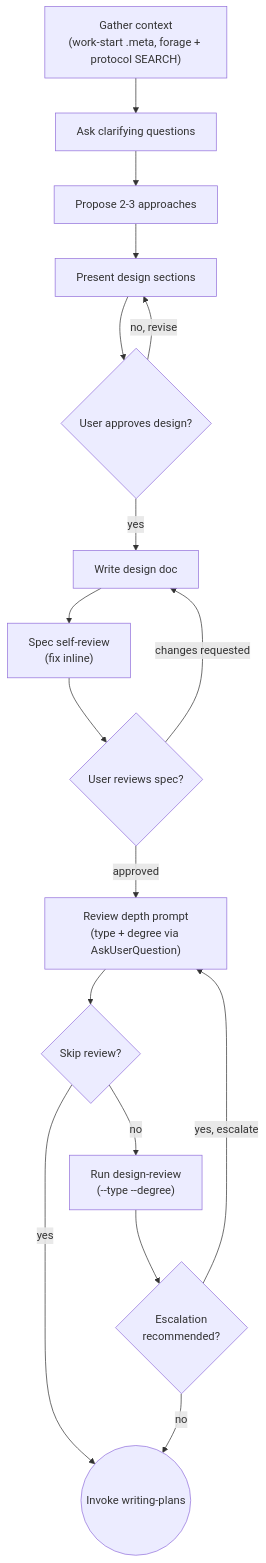
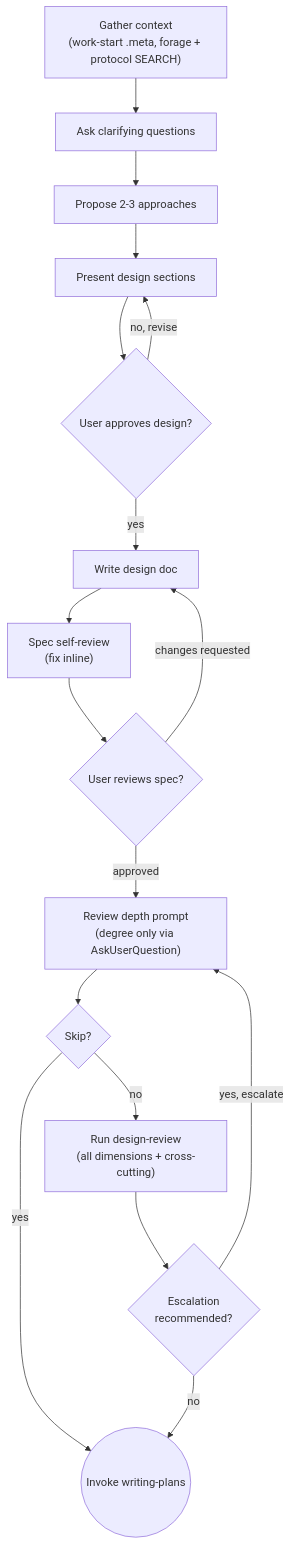
The diagram in brainstorming/SKILL.md (Hortora/soredium), drawn with Mermaid before and after one commit. The commit also changed other lines of this file and 8 other files, not shown here.

````diff
--- a/brainstorming/SKILL.md
+++ b/brainstorming/SKILL.md
@@ -59,33 +59,33 @@
 ```mermaid
 flowchart TD
     CONTEXT["Gather context\n(work-start .meta, forage + protocol SEARCH)"]
     QUESTIONS["Ask clarifying questions"]
     APPROACHES["Propose 2-3 approaches"]
     DESIGN["Present design sections"]
     APPROVE{"User approves design?"}
     WRITE["Write design doc"]
     REVIEW["Spec self-review\n(fix inline)"]
     USER{"User reviews spec?"}
-    DEPTH["Review depth prompt\n(type + degree via AskUserQuestion)"]
-    SKIP{"Skip review?"}
-    DESIGNREVIEW["Run design-review\n(--type --degree)"]
+    DEGREE["Review depth prompt\n(degree only via AskUserQuestion)"]
+    SKIP{"Skip?"}
+    DESIGNREVIEW["Run design-review\n(all dimensions + cross-cutting)"]
     ESCALATE{"Escalation\nrecommended?"}
     PLANS(("Invoke writing-plans"))
 
     CONTEXT --> QUESTIONS
     QUESTIONS --> APPROACHES
     APPROACHES --> DESIGN
     DESIGN --> APPROVE
     APPROVE -->|"no, revise"| DESIGN
     APPROVE -->|"yes"| WRITE
     WRITE --> REVIEW
     REVIEW --> USER
     USER -->|"changes requested"| WRITE
-    USER -->|"approved"| DEPTH
-    DEPTH --> SKIP
+    USER -->|"approved"| DEGREE
+    DEGREE --> SKIP
     SKIP -->|"yes"| PLANS
     SKIP -->|"no"| DESIGNREVIEW
     DESIGNREVIEW --> ESCALATE
-    ESCALATE -->|"yes, escalate"| DEPTH
+    ESCALATE -->|"yes, escalate"| DEGREE
     ESCALATE -->|"no"| PLANS
 ```
````
